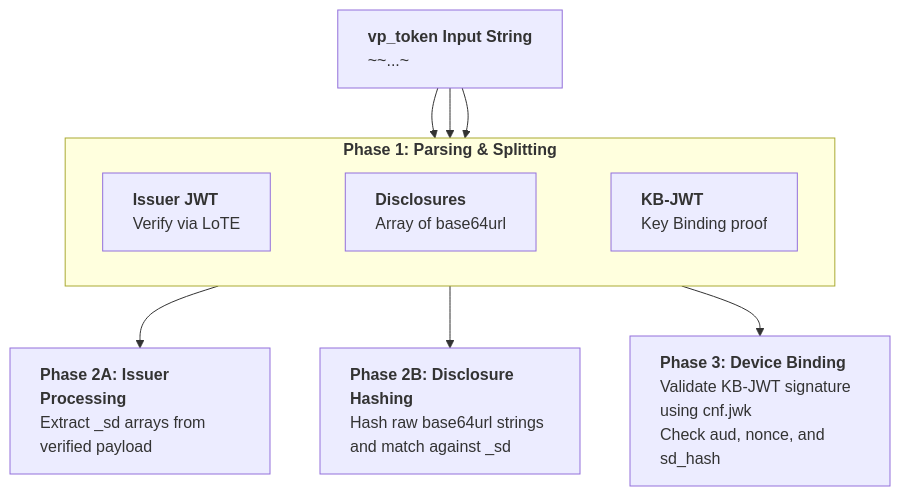
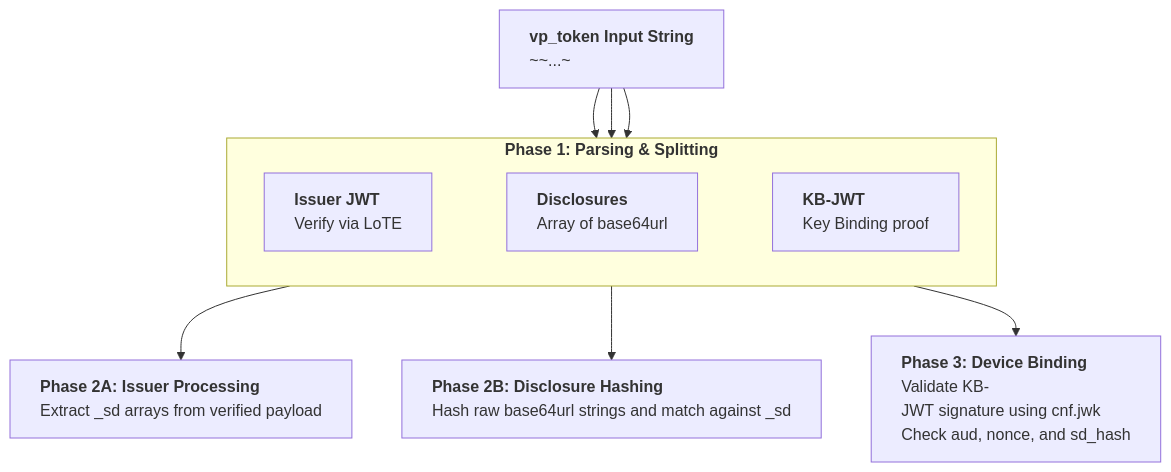
One commit to ivanstambuk/deep-research changed diagram 14 of 27 in papers/DR-0002/DR-0002-eudi-wallet-relying-party-integration.md. Above: the diagram before and after it, drawn with Mermaid.

Commit message:
docs: use non-breaking spaces in diagram 10.2 to avoid line wrap

````diff
--- a/papers/DR-0002/DR-0002-eudi-wallet-relying-party-integration.md
+++ b/papers/DR-0002/DR-0002-eudi-wallet-relying-party-integration.md
@@ -2561,38 +2561,38 @@
 ```mermaid
 flowchart TD
-    VP["`**vp_token Input String**
+    VP["`**vp_token&nbsp;Input&nbsp;String**
     <Issuer_JWT>~<Disclosure_1>~...~<KB_JWT>`"]
 
-    subgraph Split["`**Phase 1: Parsing & Splitting**`"]
+    subgraph Split["`**Phase&nbsp;1:&nbsp;Parsing&nbsp;&&nbsp;Splitting**`"]
         direction LR
-        Iss["`**Issuer JWT**
-        Verify via LoTE`"]
+        Iss["`**Issuer&nbsp;JWT**
+        Verify&nbsp;via&nbsp;LoTE`"]
         Disc["`**Disclosures**
-        Array of base64url`"]
+        Array&nbsp;of&nbsp;base64url`"]
         KB["`**KB-JWT**
-        Key Binding proof`"]
+        Key&nbsp;Binding&nbsp;proof`"]
         Iss ~~~ Disc ~~~ KB
     end
 
     VP --> Iss
     VP --> Disc
     VP --> KB
     
-    Iss --> IssVer["`**Phase 2A: Issuer Processing**
-    Extract _sd arrays from verified payload`"]
+    Iss --> IssVer["`**Phase&nbsp;2A:&nbsp;Issuer&nbsp;Processing**
+    Extract&nbsp;_sd&nbsp;arrays&nbsp;from&nbsp;verified&nbsp;payload`"]
 
-    Disc --> DiscHash["`**Phase 2B: Disclosure Hashing**
-    Hash raw base64url strings and match against _sd`"]
+    Disc --> DiscHash["`**Phase&nbsp;2B:&nbsp;Disclosure&nbsp;Hashing**
+    Hash&nbsp;raw&nbsp;base64url&nbsp;strings&nbsp;and&nbsp;match&nbsp;against&nbsp;_sd`"]
 
-    KB --> KBVer["`**Phase 3: Device Binding**
-    Validate KB-JWT signature using cnf.jwk
-    Check aud, nonce, and sd_hash`"]
+    KB --> KBVer["`**Phase&nbsp;3:&nbsp;Device&nbsp;Binding**
+    Validate&nbsp;KB-JWT&nbsp;signature&nbsp;using&nbsp;cnf.jwk
+    Check&nbsp;aud,&nbsp;nonce,&nbsp;and&nbsp;sd_hash`"]
 
     style VP text-align:left
     style Iss text-align:left
     style Disc text-align:left
     style KB text-align:left
     style IssVer text-align:left
     style DiscHash text-align:left
     style KBVer text-align:left
 ```
````
